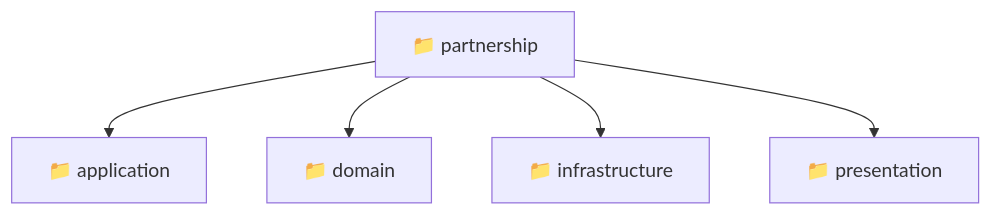
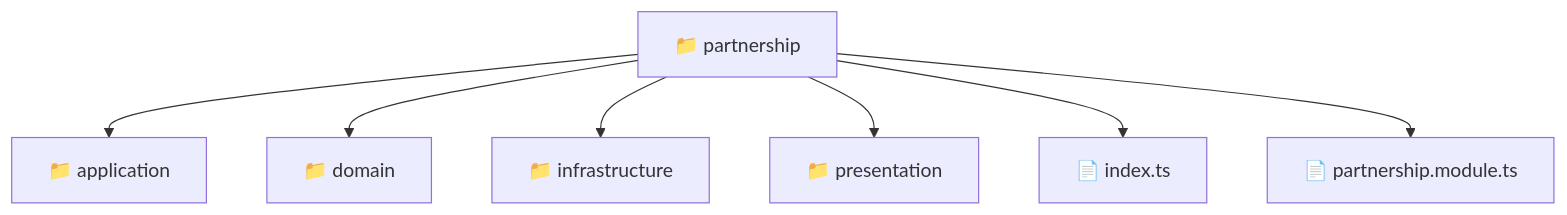
Before and after one commit to beginwebdev2002/fullstack-mavluda: the diagram in backend/src/modules/partnership/README.md, drawn with Mermaid. The commit also changed other lines of this file and 165 other files, not shown here.

First line of the commit message:
docs: generate localized architectural READMEs

````diff
--- a/backend/src/modules/partnership/README.md
+++ b/backend/src/modules/partnership/README.md
@@ -10,8 +9,10 @@
 ```mermaid
 graph TD
-  Root["📁 partnership"]
-  Root --> application["📁 application"]
-  Root --> domain["📁 domain"]
-  Root --> infrastructure["📁 infrastructure"]
-  Root --> presentation["📁 presentation"]
+  partnership["📁 partnership"]
+  partnership --> application["📁 application"]
+  partnership --> domain["📁 domain"]
+  partnership --> infrastructure["📁 infrastructure"]
+  partnership --> presentation["📁 presentation"]
+  partnership --> index_ts["📄 index.ts"]
+  partnership --> partnership_module_ts["📄 partnership.module.ts"]
 ```
````
